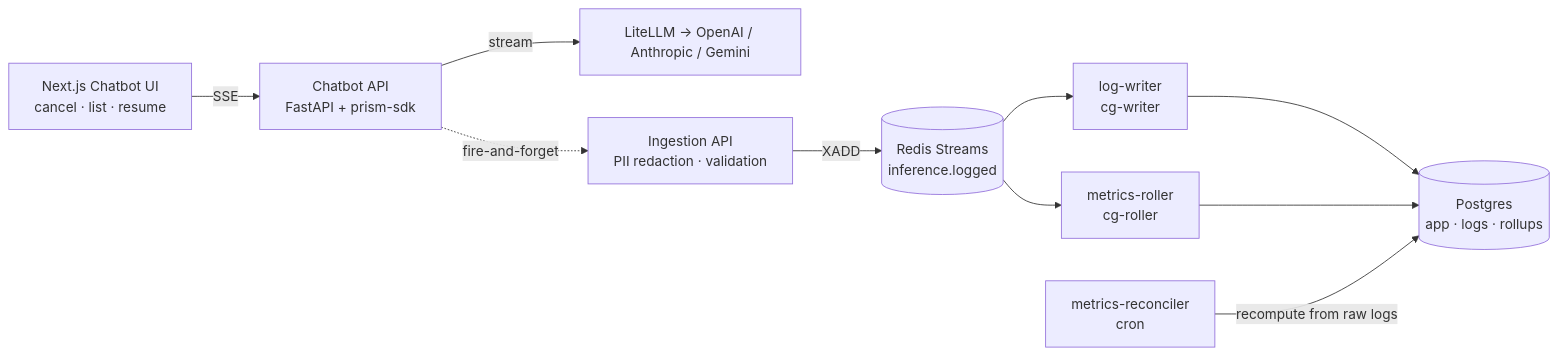
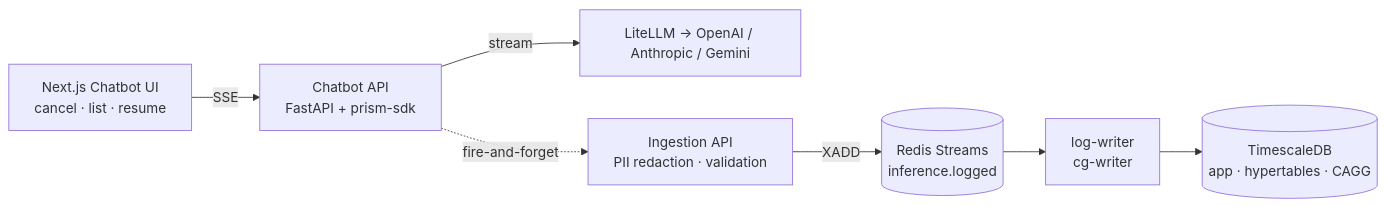
The diagram in README.md (hailcpy/Prism), drawn with Mermaid before and after one commit. The commit also changed other lines of this file, not shown here.

First line of the commit message:
Update README for TimescaleDB migration

````diff
--- a/README.md
+++ b/README.md
@@ -49,20 +49,16 @@
 ```mermaid
 flowchart LR
   UI[Next.js Chatbot UI<br/>cancel · list · resume]
   CAPI[Chatbot API<br/>FastAPI + prism-sdk]
   LLM[LiteLLM → OpenAI / Anthropic / Gemini]
   ING[Ingestion API<br/>PII redaction · validation]
   R[(Redis Streams<br/>inference.logged)]
   W[log-writer<br/>cg-writer]
-  M[metrics-roller<br/>cg-roller]
-  REC[metrics-reconciler<br/>cron]
-  PG[(Postgres<br/>app · logs · rollups)]
+  PG[(TimescaleDB<br/>app · hypertables · CAGG)]
 
   UI -- SSE --> CAPI
   CAPI -- stream --> LLM
   CAPI -. fire-and-forget .-> ING
   ING -- XADD --> R
   R --> W --> PG
-  R --> M --> PG
-  REC -- recompute from raw logs --> PG
 ```
````
